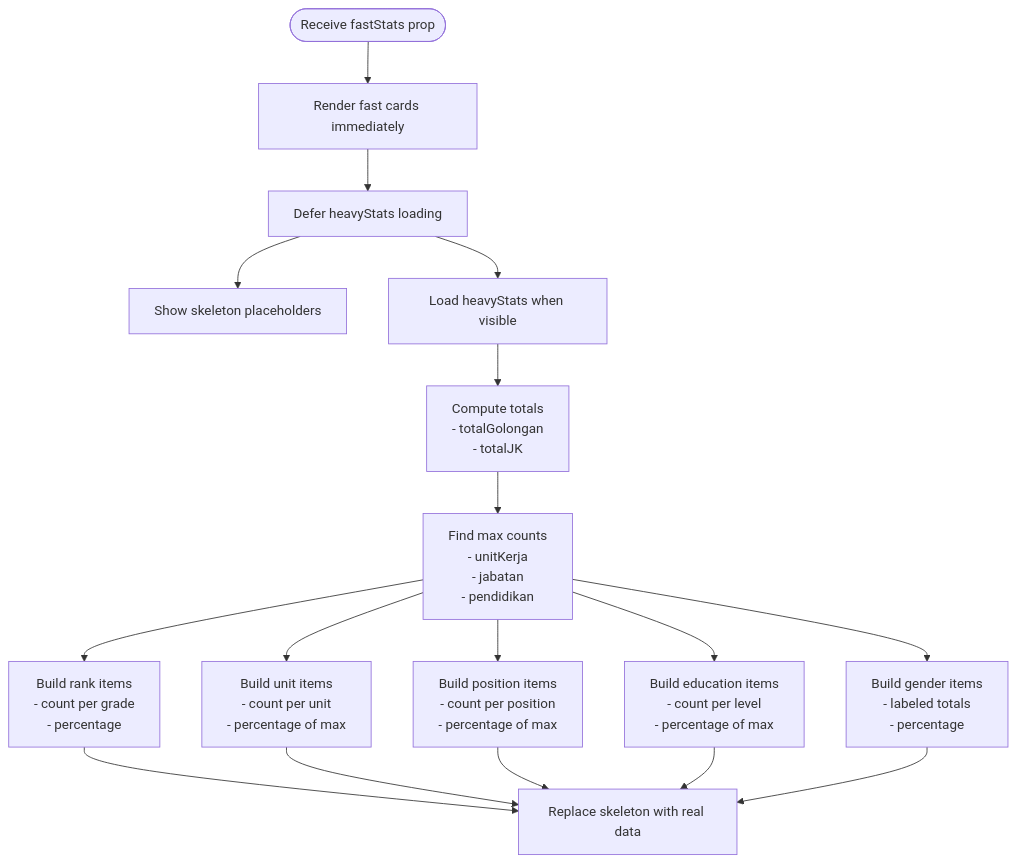
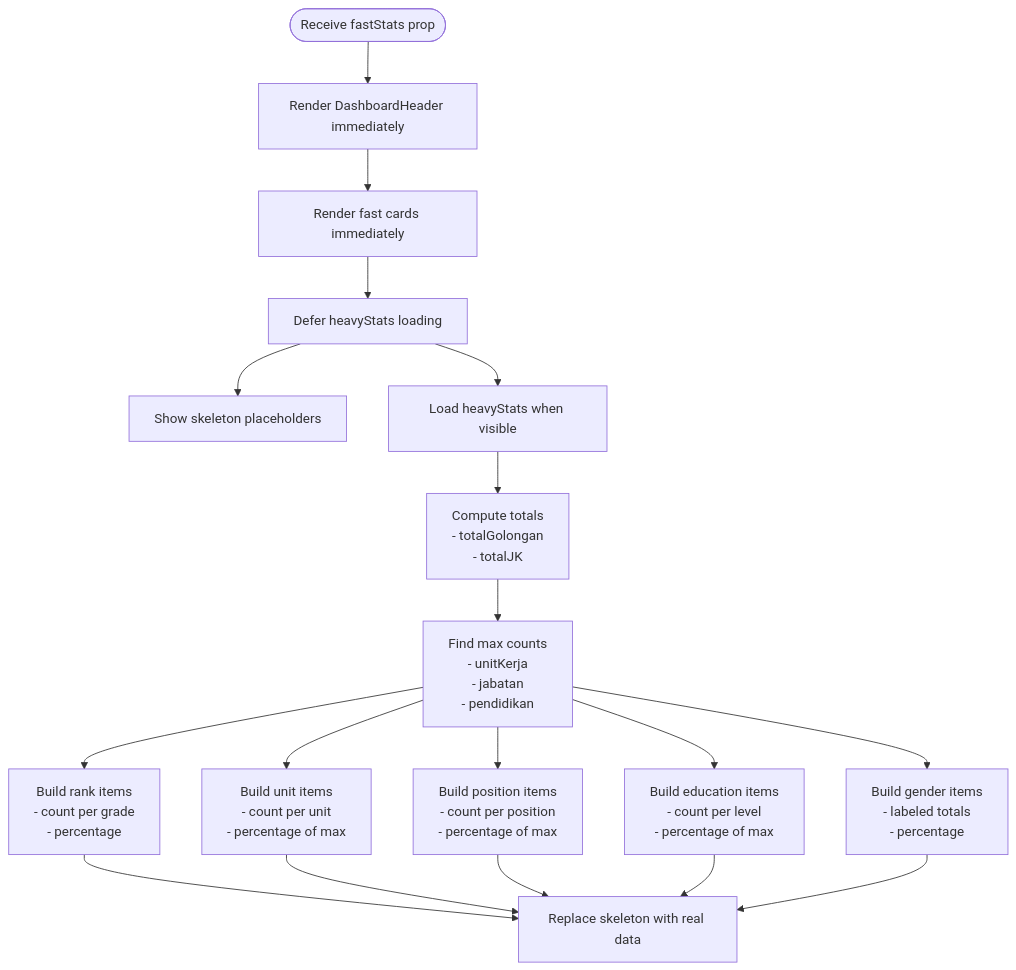
Before and after one commit to PA-Penajam/kepegawaian_apps: the fourth of 5 diagrams in .qoder/repowiki/en/content/Monitoring and Analytics System/Dashboard Analytics and Statistics.md, drawn with Mermaid. The commit also changed other lines of this file and 13 other files, not shown here.

````diff
--- a/.qoder/repowiki/en/content/Monitoring and Analytics System/Dashboard Analytics and Statistics.md
+++ b/.qoder/repowiki/en/content/Monitoring and Analytics System/Dashboard Analytics and Statistics.md
@@ -330,19 +378,20 @@
 ```mermaid
 flowchart TD
-Start(["Receive fastStats prop"]) --> RenderCards["Render fast cards immediately"]
+Start(["Receive fastStats prop"]) --> RenderHeader["Render DashboardHeader immediately"]
+RenderHeader --> RenderCards["Render fast cards immediately"]
 RenderCards --> DeferHeavy["Defer heavyStats loading"]
 DeferHeavy --> ShowSkeleton["Show skeleton placeholders"]
 DeferHeavy --> LoadHeavy["Load heavyStats when visible"]
 LoadHeavy --> ComputeTotals["Compute totals<br/>- totalGolongan<br/>- totalJK"]
 ComputeTotals --> FindMax["Find max counts<br/>- unitKerja<br/>- jabatan<br/>- pendidikan"]
 FindMax --> BuildRank["Build rank items<br/>- count per grade<br/>- percentage"]
 FindMax --> BuildUnit["Build unit items<br/>- count per unit<br/>- percentage of max"]
 FindMax --> BuildPos["Build position items<br/>- count per position<br/>- percentage of max"]
 FindMax --> BuildEdu["Build education items<br/>- count per level<br/>- percentage of max"]
 FindMax --> BuildGender["Build gender items<br/>- labeled totals<br/>- percentage"]
 BuildRank --> ReplaceSkeleton["Replace skeleton with real data"]
 BuildUnit --> ReplaceSkeleton
 BuildPos --> ReplaceSkeleton
 BuildEdu --> ReplaceSkeleton
 BuildGender --> ReplaceSkeleton
 ```
````
